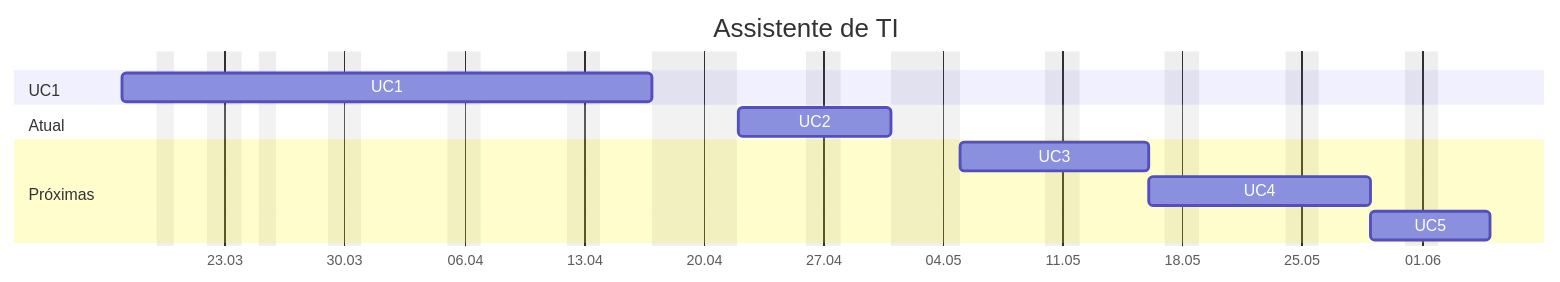
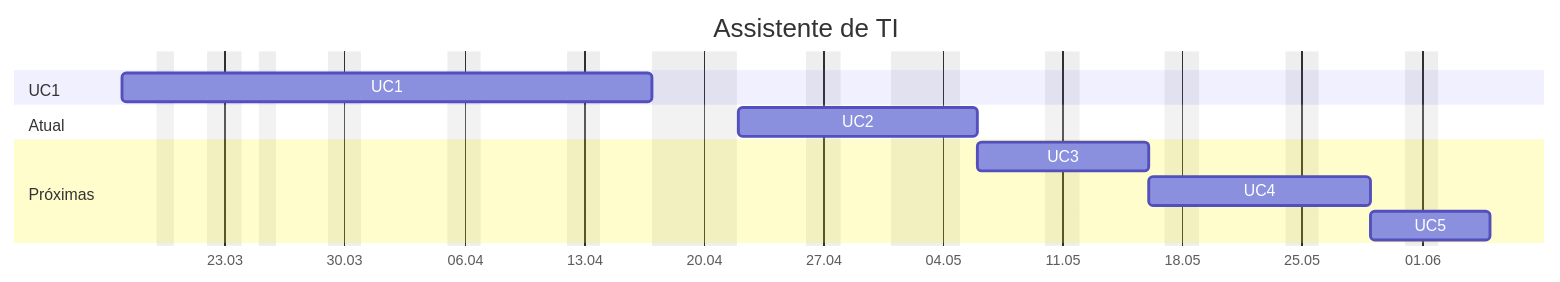
Before and after one commit to jocile/digitalgarden: the diagram in src/site/notes/Assistente-de-TI.md, drawn with Mermaid. The commit also changed other lines of this file and 6 other files, not shown here.

````diff
--- a/src/site/notes/Assistente-de-TI.md
+++ b/src/site/notes/Assistente-de-TI.md
@@ -31,16 +31,16 @@
 ```mermaid
 gantt
      title Assistente de TI
      tickInterval 1week
      excludes Saturday, Sunday, 19:03, 25:03, 17:04, 18:04, 21:04, 01:05, 02:05
      dateFormat DD:MM
      axisFormat %d.%m
      section UC1
          UC1 :a1, 17:03, 21d
      section Atual
-         UC2 :a2,after a1, 7d
+         UC2 :a2,after a1, 8d
      section Próximas
-         UC3 :a3, after a2, 9d
+         UC3 :a3, after a2, 8d
          UC4 :a4, after a3, 9d
          UC5 :a5, after a4, 5d
 ```
````
